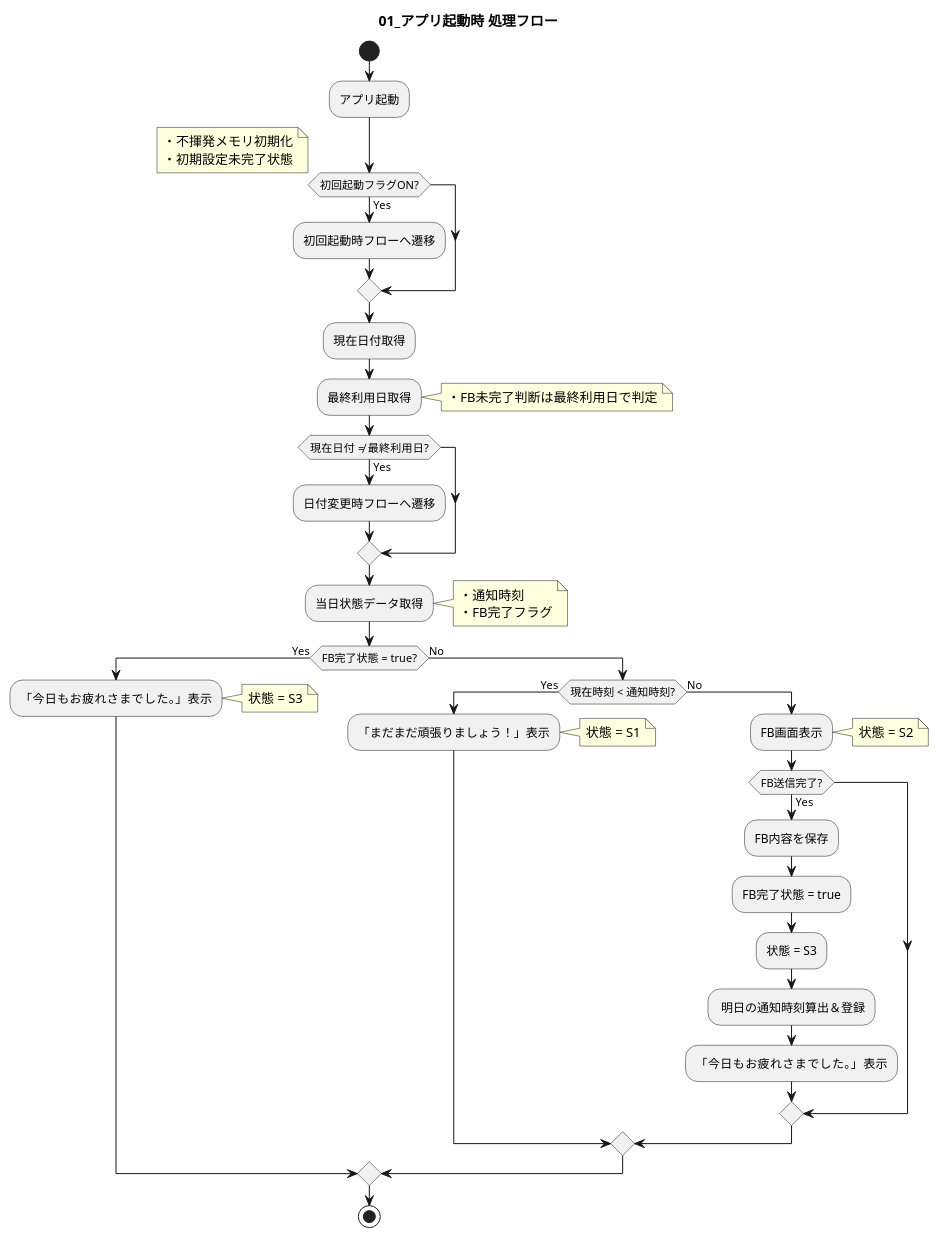
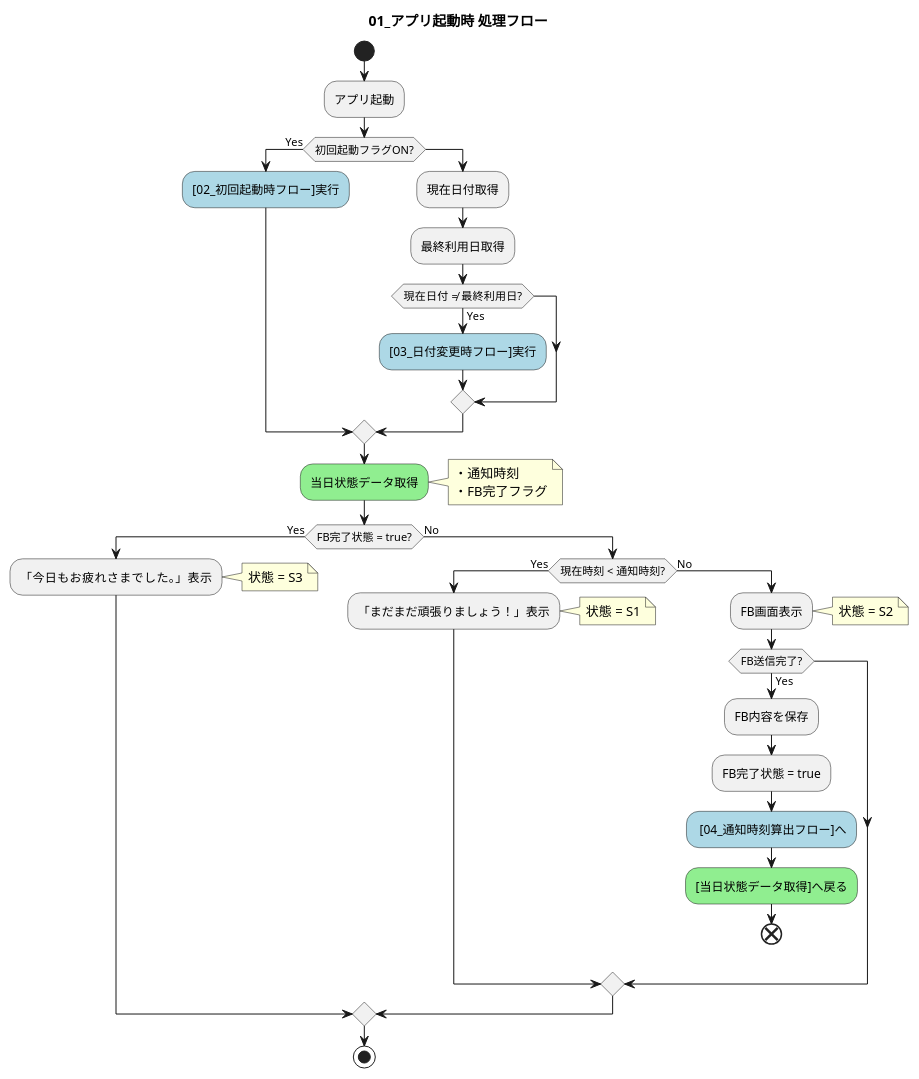
One commit to akamatrixxx/justtime changed the diagram in assets/specifications/基本設計/01_アプリ起動時フロー.pu. Above: the diagram before and after it, drawn with PlantUML. The commit also changed 9 other files, not shown here.

```diff
--- a/assets/specifications/基本設計/01_アプリ起動時フロー.pu
+++ b/assets/specifications/基本設計/01_アプリ起動時フロー.pu
@@ -1,68 +1,61 @@
 @startuml
 title 01_アプリ起動時 処理フロー
 
 start
 
 :アプリ起動;
 
 if (初回起動フラグON?) then (Yes)
-note right
-  ・不揮発メモリ初期化
-  ・初期設定未完了状態
-end note
-  :初回起動時フローへ遷移;
-
-endif
+   #LightBlue:[02_初回起動時フロー]実行;
+else
 
 ' --- 日付変更チェック ---
 :現在日付取得;
 :最終利用日取得;
-note right
-・FB未完了判断は最終利用日で判定
-end note
 
 if (現在日付 ≠ 最終利用日?) then (Yes)
-  :日付変更時フローへ遷移;
+  #LightBlue:[03_日付変更時フロー]実行;
 endif
 
+endif
 ' --- 通常起動フロー ---
-:当日状態データ取得;
+
+#LightGreen:当日状態データ取得;
 note right
 ・通知時刻
 ・FB完了フラグ
 end note
 
 if (FB完了状態 = true?) then (Yes)
   :「今日もお疲れさまでした。」表示;
   note right
     状態 = S3
   end note
 
 else (No)
 
   if (現在時刻 < 通知時刻?) then (Yes)
     :「まだまだ頑張りましょう！」表示;
     note right
       状態 = S1
     end note
 
   else (No)
     :FB画面表示;
     note right
       状態 = S2
     end note
 
     if (FB送信完了?) then (Yes)
       :FB内容を保存;
       :FB完了状態 = true;
-      :状態 = S3;
-      : 明日の通知時刻算出＆登録;
-      :「今日もお疲れさまでした。」表示;
-      
+      #LightBlue: [04_通知時刻算出フロー]へ;
+      #LightGreen:[当日状態データ取得]へ戻る;
+       end
     endif
   endif
 
 endif
 
 stop
 @enduml
```
